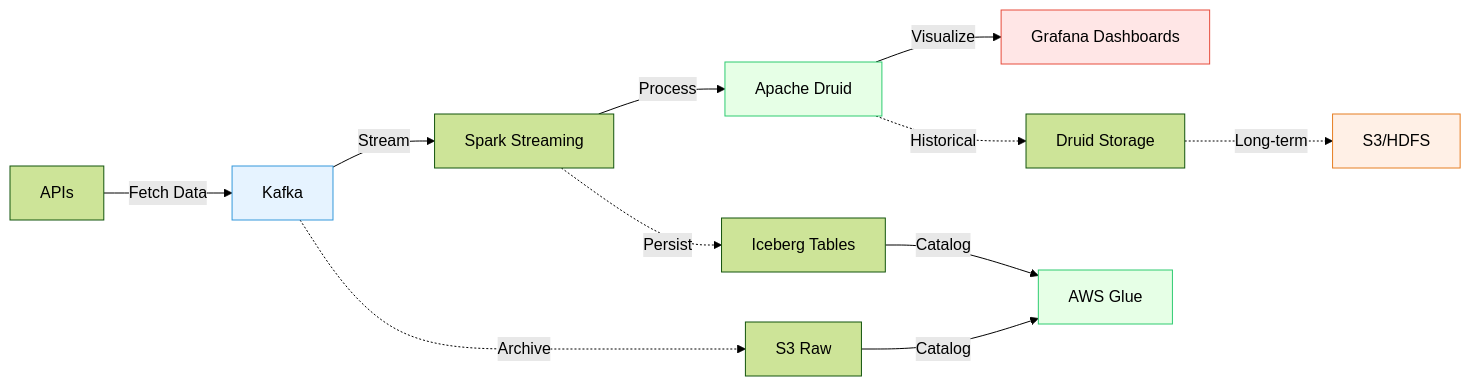
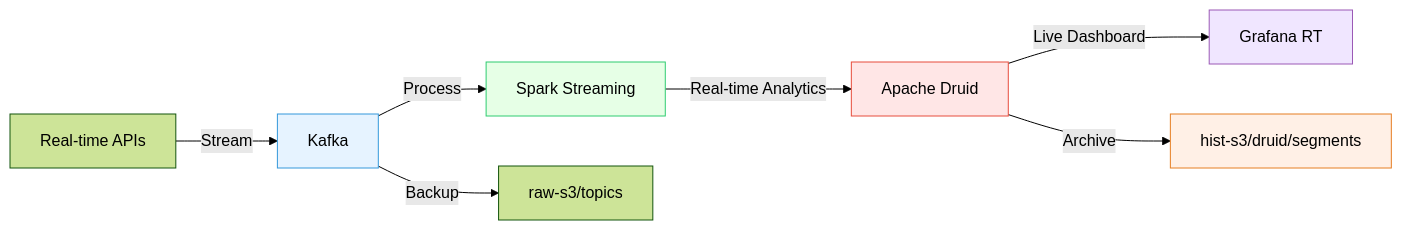
Before and after one commit to sanchitvj/sports_betting_analytics_engine: the first of 5 diagrams in README.md, drawn with Mermaid (forest theme). The commit also changed other lines of this file, not shown here.

````diff
--- a/README.md
+++ b/README.md
@@ -4,25 +4,22 @@
 ```mermaid
 graph LR
     classDef ingestion fill:#e6f3ff,stroke:#3498db
     classDef processing fill:#e6ffe6,stroke:#2ecc71
     classDef storage fill:#fff0e6,stroke:#e67e22
-    classDef visualization fill:#ffe6e6,stroke:#e74c3c
-    
-    A[APIs] -->|Fetch Data| B[Kafka]
-    B -->|Stream| C[Spark Streaming]
-    C -->|Process| D[Apache Druid]
-    D -->|Visualize| E[Grafana Dashboards]
-    
-    B -.->|Archive| F[S3 Raw]
-    C -.->|Persist| G[Iceberg Tables]
-    D -.->|Historical| H[Druid Storage]
-    H -.->|Long-term| I[S3/HDFS]
-    
-    F & G -->|Catalog| J[AWS Glue]
-    
+    classDef analytics fill:#ffe6e6,stroke:#e74c3c
+    classDef monitoring fill:#f0e6ff,stroke:#9b59b6
+
+    %% Real-time Pipeline
+    A[Real-time APIs] -->|Stream| B[Kafka]
+    B -->|Process| C[Spark Streaming]
+    B -->|Backup| D[raw-s3/topics]
+    C -->|Real-time Analytics| E[Apache Druid]
+    E -->|Live Dashboard| F[Grafana RT]
+    E -->|Archive| G[hist-s3/druid/segments]
+
     A & B:::ingestion
-    C & D:::processing
-    F & G & H & I:::storage
-    E:::visualization
-    J:::processing
+    C:::processing
+    D & G:::storage
+    E:::analytics
+    F:::monitoring
 ```
````
